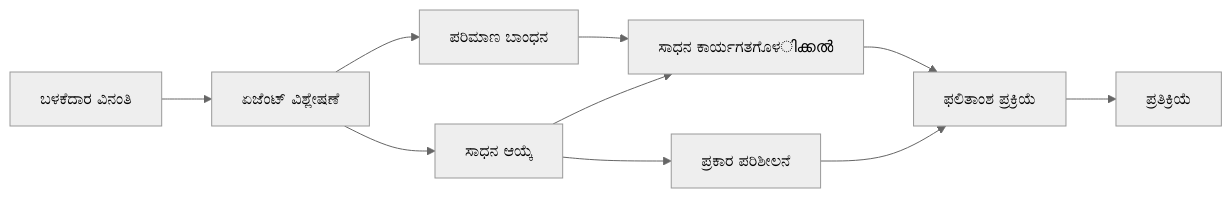
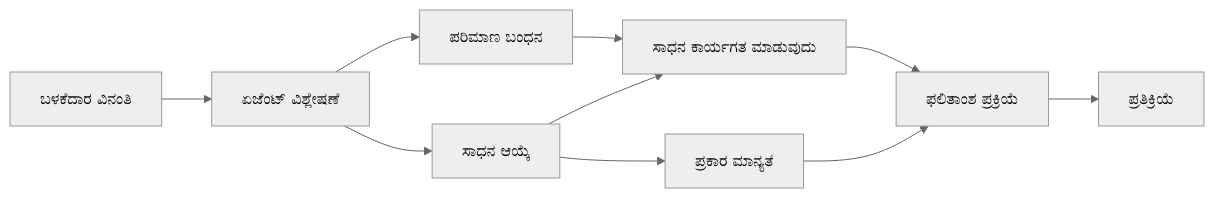
Before and after one commit to venturemavenwill/azureaifundamentals: the diagram in translations/kn/04-tool-use/code_samples/04-dotnet-agent-framework.md, drawn with Mermaid (neutral theme). The commit also changed other lines of this file and 2002 other files, not shown here.

````diff
--- a/translations/kn/04-tool-use/code_samples/04-dotnet-agent-framework.md
+++ b/translations/kn/04-tool-use/code_samples/04-dotnet-agent-framework.md
@@ -40,12 +40,12 @@
 ```mermaid
 graph LR
     A[ಬಳಕೆದಾರ ವಿನಂತಿ] --> B[ಏಜೆಂಟ್ ವಿಶ್ಲೇಷಣೆ]
     B --> C[ಸಾಧನ ಆಯ್ಕೆ]
-    C --> D[ಪ್ರಕಾರ ಪರಿಶೀಲನೆ]
-    B --> E[ಪರಿಮಾಣ ಬಾಂಧನ]
-    E --> F[ಸಾಧನ ಕಾರ್ಯಗತಗೊಳിക്കൽ]
+    C --> D[ಪ್ರಕಾರ ಮಾನ್ಯತೆ]
+    B --> E[ಪರಿಮಾಣ ಬಂಧನ]
+    E --> F[ಸಾಧನ ಕಾರ್ಯಗತ ಮಾಡುವುದು]
     C --> F
     F --> G[ಫಲಿತಾಂಶ ಪ್ರಕ್ರಿಯೆ]
     D --> G
     G --> H[ಪ್ರತಿಕ್ರಿಯೆ]
 ```
````
